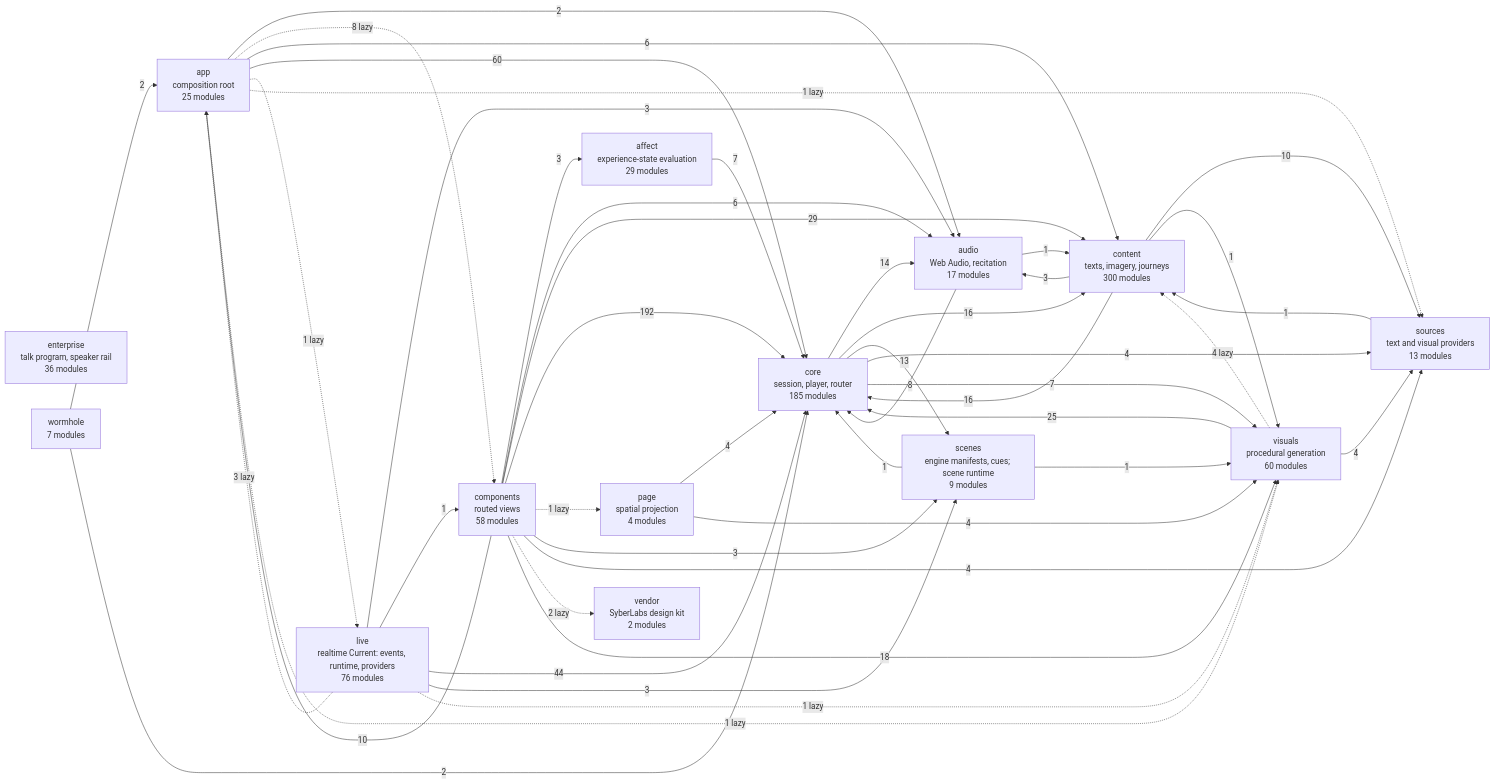
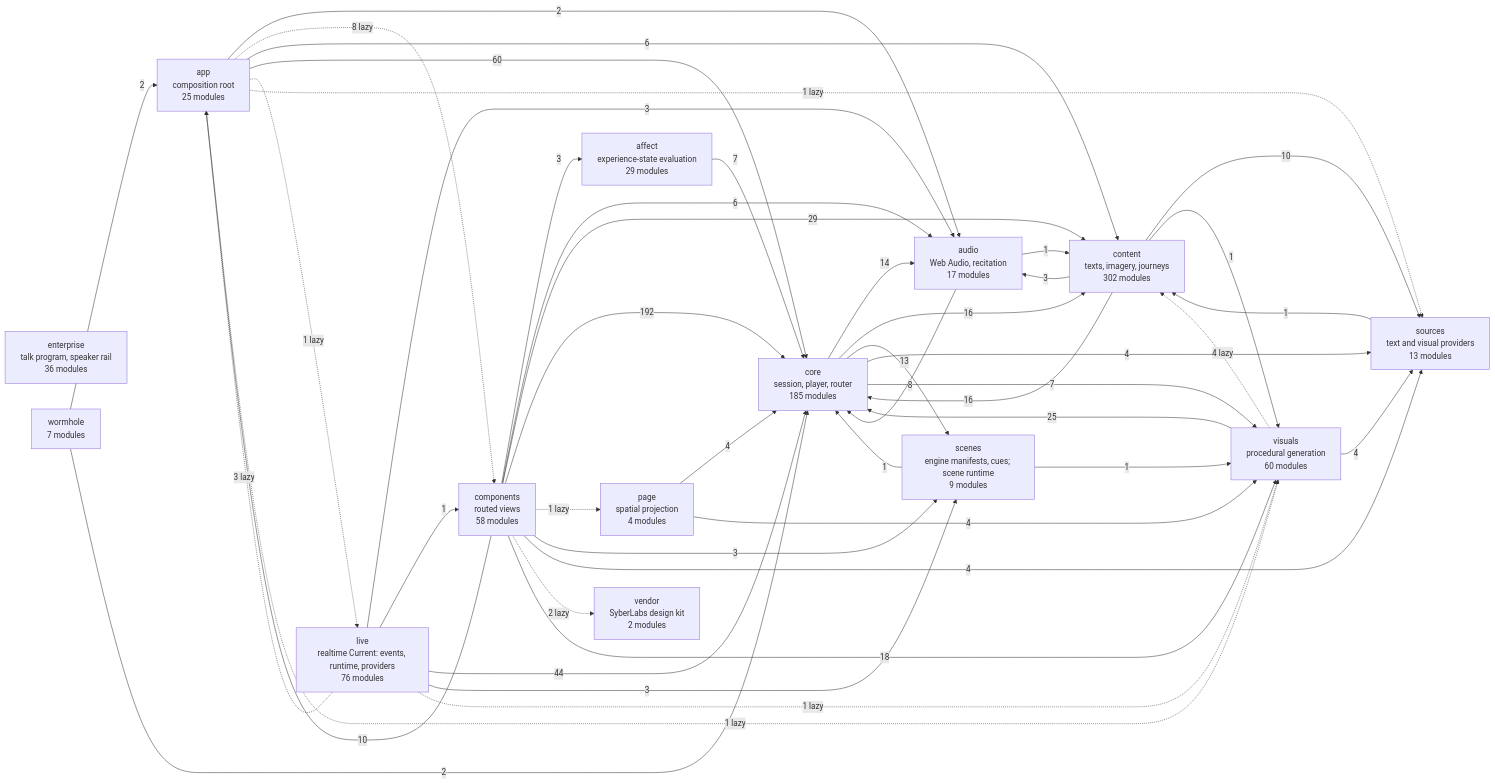
One commit to SyberLabs/RISE changed the diagram in docs/specs/ARCHITECTURE.md. Above: the diagram before and after it, drawn with Mermaid. The commit also changed 22 other files, not shown here.

````diff
--- a/docs/specs/ARCHITECTURE.md
+++ b/docs/specs/ARCHITECTURE.md
@@ -161,63 +161,63 @@
 ```mermaid
 flowchart LR
     affect["affect<br/>experience-state evaluation<br/>29 modules"]
     app["app<br/>composition root<br/>25 modules"]
     audio["audio<br/>Web Audio, recitation<br/>17 modules"]
     components["components<br/>routed views<br/>58 modules"]
-    content["content<br/>texts, imagery, journeys<br/>300 modules"]
+    content["content<br/>texts, imagery, journeys<br/>302 modules"]
     core["core<br/>session, player, router<br/>185 modules"]
     enterprise["enterprise<br/>talk program, speaker rail<br/>36 modules"]
     live["live<br/>realtime Current: events, runtime, providers<br/>76 modules"]
     page["page<br/>spatial projection<br/>4 modules"]
     scenes["scenes<br/>engine manifests, cues; scene runtime<br/>9 modules"]
     sources["sources<br/>text and visual providers<br/>13 modules"]
     vendor["vendor<br/>SyberLabs design kit<br/>2 modules"]
     visuals["visuals<br/>procedural generation<br/>60 modules"]
     wormhole["wormhole<br/>7 modules"]
 
     affect --> |7| core
     app --> |2| audio
     app -.-> |8 lazy| components
     app --> |6| content
     app --> |60| core
     app -.-> |1 lazy| live
     app -.-> |1 lazy| sources
     app -.-> |1 lazy| visuals
     audio --> |1| content
     audio --> |8| core
     components --> |3| affect
     components --> |10| app
     components --> |6| audio
     components --> |29| content
     components --> |192| core
     components -.-> |1 lazy| page
     components --> |3| scenes
     components --> |4| sources
     components -.-> |2 lazy| vendor
     components --> |18| visuals
     content --> |3| audio
     content --> |16| core
     content --> |10| sources
     content --> |1| visuals
     core --> |14| audio
     core --> |16| content
     core --> |13| scenes
     core --> |4| sources
     core --> |7| visuals
     live -.-> |3 lazy| app
     live --> |3| audio
     live --> |1| components
     live --> |44| core
     live --> |3| scenes
     live -.-> |1 lazy| visuals
     page --> |4| core
     page --> |4| visuals
     scenes --> |1| core
     scenes --> |1| visuals
     sources --> |1| content
     visuals -.-> |4 lazy| content
     visuals --> |25| core
     visuals --> |4| sources
     wormhole --> |2| app
     wormhole --> |2| core
 ```
````
